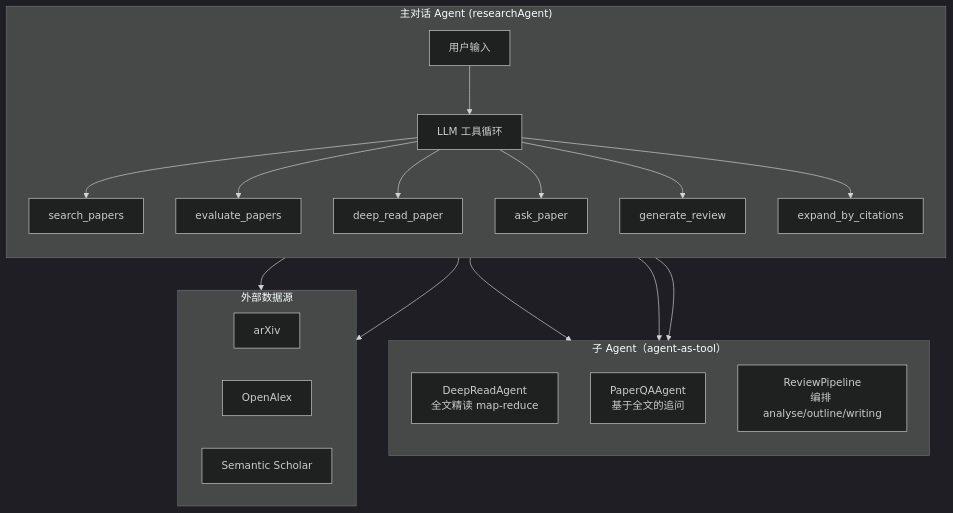
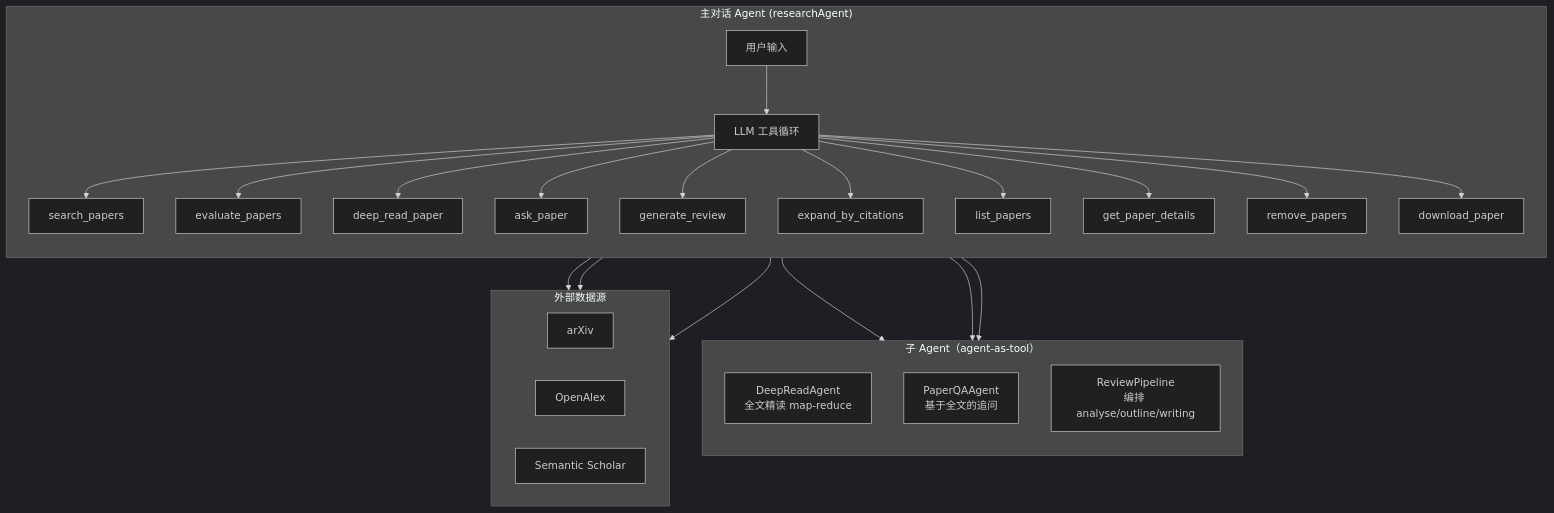
Before and after one commit to The-never-lemon/PaperAgent: the diagram in README.md, drawn with Mermaid (dark theme). The commit also changed other lines of this file, not shown here.

````diff
--- a/README.md
+++ b/README.md
@@ -76,34 +76,39 @@
 ```mermaid
 flowchart TB
     subgraph Main["主对话 Agent (researchAgent)"]
         direction TB
         U[用户输入] --> LLM[LLM 工具循环]
         LLM --> T1[search_papers]
         LLM --> T2[evaluate_papers]
         LLM --> T3[deep_read_paper]
         LLM --> T4[ask_paper]
         LLM --> T5[generate_review]
         LLM --> T6[expand_by_citations]
+        LLM --> T7[list_papers]
+        LLM --> T8[get_paper_details]
+        LLM --> T9[remove_papers]
+        LLM --> T10[download_paper]
     end
     
     subgraph SubAgents["子 Agent（agent-as-tool）"]
         direction TB
         DR[DeepReadAgent\n全文精读 map-reduce]
         PQ[PaperQAAgent\n基于全文的追问]
         RV[ReviewPipeline\n编排 analyse/outline/writing]
     end
     
     T3 --> DR
     T4 --> PQ
     T5 --> RV
     
     subgraph Sources["外部数据源"]
         direction LR
         AX[arXiv]
         OA[OpenAlex]
         SS[Semantic Scholar]
     end
     
     T1 --> Sources
-    T6 --> Sources
+    T6 --> OA
+    T6 --> SS
 ```
````
